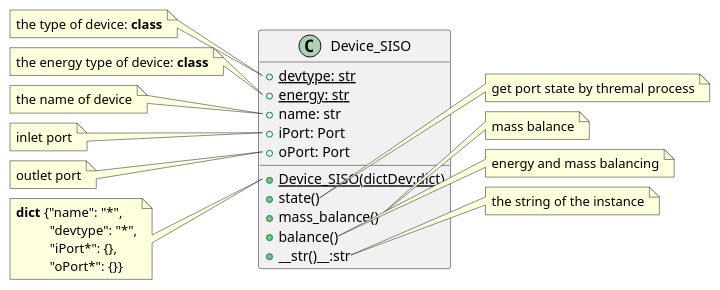
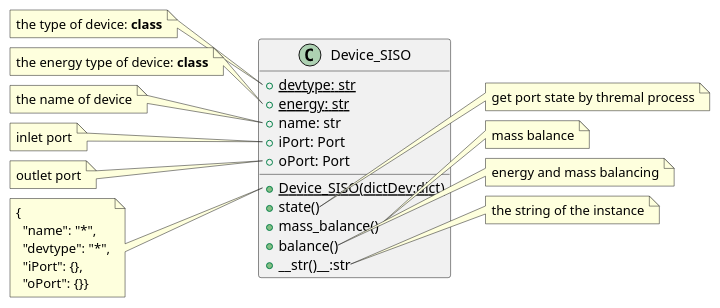
Before and after one commit to thermalogic/SimVCCE: the diagram in doc/uml/puml/device_siso.puml, drawn with PlantUML. The commit also changed other lines of this file and 39 other files, not shown here.

```diff
--- a/doc/uml/puml/device_siso.puml
+++ b/doc/uml/puml/device_siso.puml
@@ -1,45 +1,48 @@
+@startuml
 class Device_SISO {
- + {static} devtype: str
- + {static} energy: str
- + name: str
- + iPort: Port
- + oPort: Port
- + {static} Device_SISO(dictDev:dict)
- + state()
- + mass_balance()
- + balance()
- + __str()__:str
+  + {static} devtype: str
+  + {static} energy: str
+  + name: str
+  + iPort: Port
+  + oPort: Port
+  + {static} Device_SISO(dictDev:dict)
+  + state()
+  + mass_balance()
+  + balance()
+  + __str()__:str
 }
 note left of Device_SISO::devtype
-  the type of device: **class**
+the type of device: **class**
 end note
 note left of Device_SISO::energy
-  the energy type of device: **class**
+the energy type of device: **class**
 end note
 note left of Device_SISO::name
-  the name of device
+the name of device
 end note
 note left of Device_SISO::iPort
-  inlet port
+inlet port
 end note
 note left of Device_SISO::oPort
-  outlet port
+outlet port
 end note
 note left of Device_SISO::Device_SISO(dictDev:dict)
-  **dict** {"name": "*",
-            "devtype": "*",
-            "iPort*": {},
-            "oPort*": {}}
-end note
-note right of Device_SISO::state
+{
+  "name": "*",
+  "devtype": "*",
+  "iPort": {},
+  "oPort": {}}
+  end note
+  note right of Device_SISO::state
   get port state by thremal process
-end note
-note right of Device_SISO::mass_balance()
+  end note
+  note right of Device_SISO::mass_balance()
   mass balance
-end note
-note right of Device_SISO::balance
+  end note
+  note right of Device_SISO::balance
   energy and mass balancing
-end note
-note right of Device_SISO::__str()__
+  end note
+  note right of Device_SISO::__str()__
   the string of the instance
-end note
+  end note
+@enduml
```
